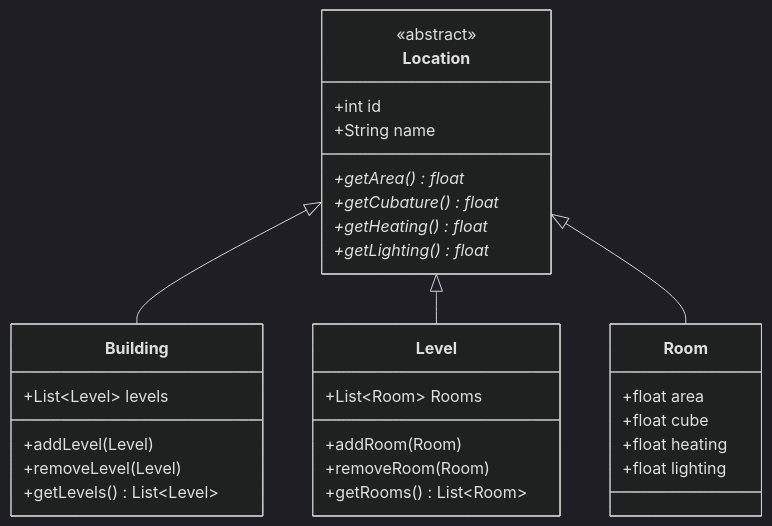
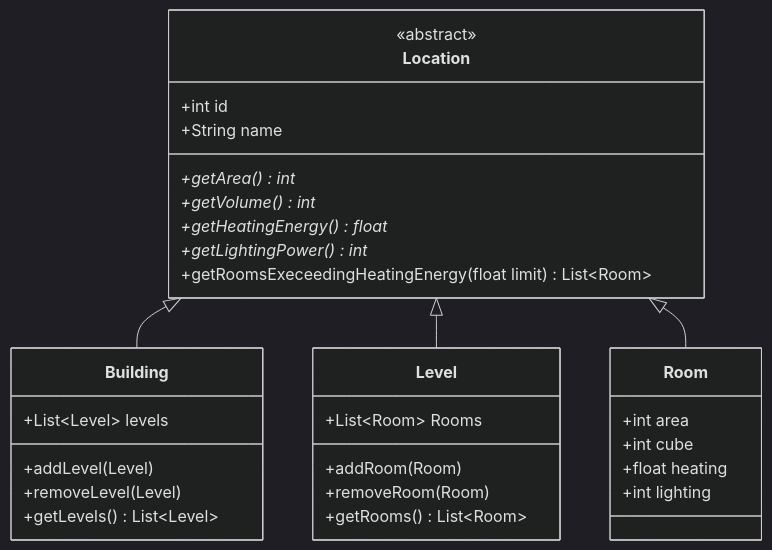
The diagram in README.md (2002jan/SE-2023-Sprint1), drawn with Mermaid (dark theme) before and after one commit.

Commit message:
Updated UML in README.md

````diff
--- a/README.md
+++ b/README.md
@@ -12,34 +12,35 @@
 ```mermaid
 classDiagram
     direction TB
     class Location{
         <<abstract>>
         +int id
         +String name
-        +getArea()* float
-        +getCubature()* float
-        +getHeating()* float
-        +getLighting()* float
+        +getArea()* int
+        +getVolume()* int
+        +getHeatingEnergy()* float
+        +getLightingPower()* int
+        +getRoomsExeceedingHeatingEnergy(float limit) List~Room~
     }
     class Building {
         +List~Level~ levels
         +addLevel(Level)
         +removeLevel(Level)
         +getLevels() List~Level~
     }
     class Level {
         +List~Room~ Rooms
         +addRoom(Room)
         +removeRoom(Room)
         +getRooms() List~Room~
     }
     class Room {
-        +float area
-        +float cube
+        +int area
+        +int cube
         +float heating
-        +float lighting
+        +int lighting
     }
     Location <|-- Building
     Location <|-- Level
     Location <|-- Room
 ```
````
